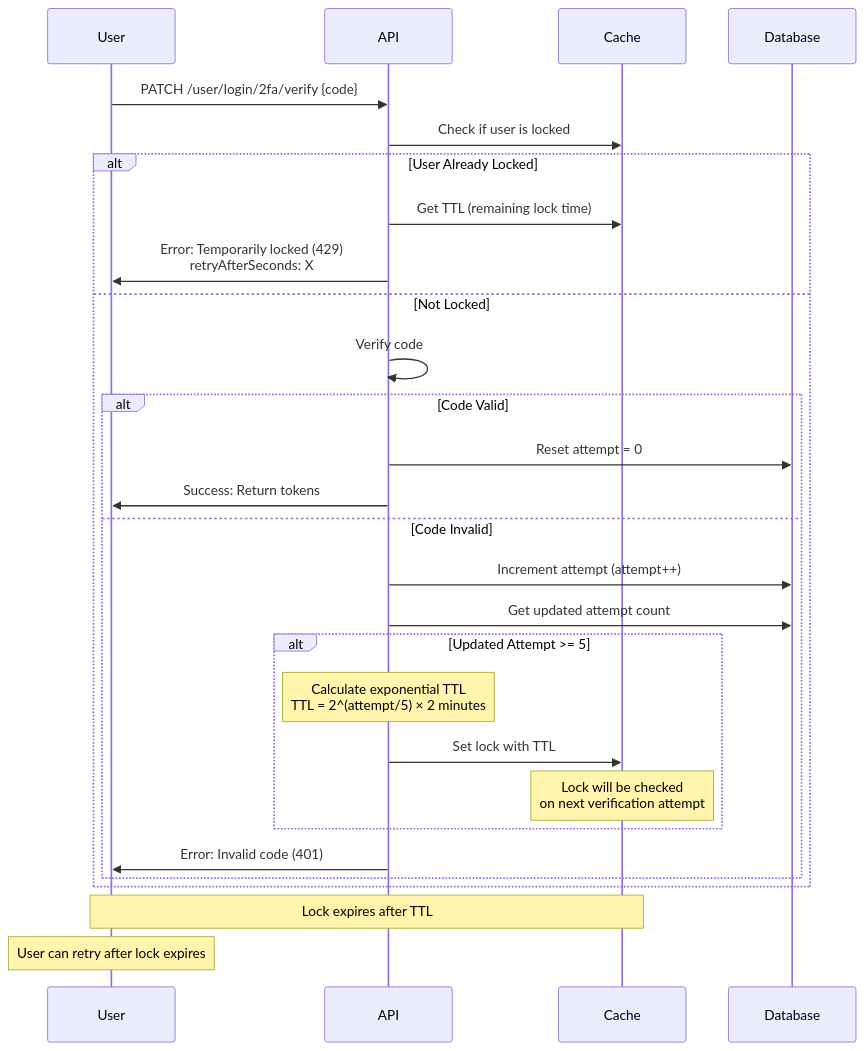
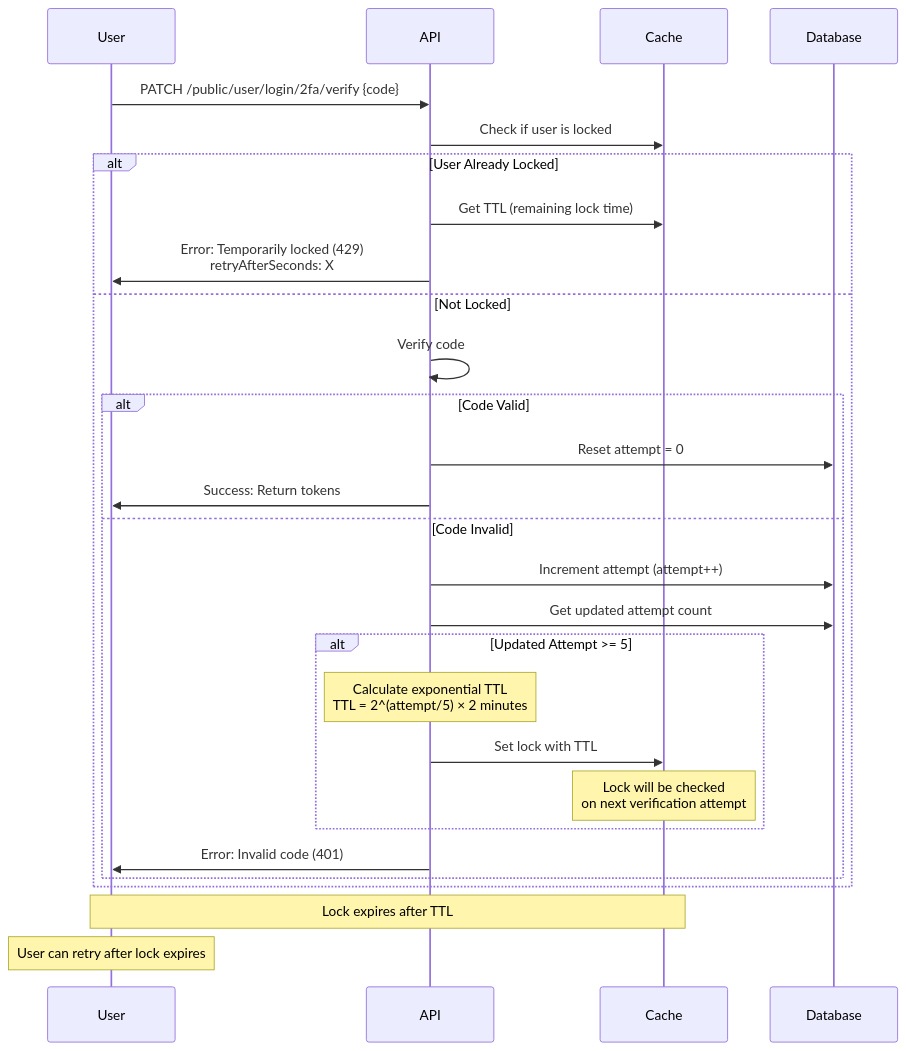
Before and after one commit to andrechristikan/ack-nestjs-boilerplate: the fifth of 9 diagrams in docs/two-factor.md, drawn with Mermaid. The commit also changed other lines of this file and 31 other files, not shown here.

````diff
--- a/docs/two-factor.md
+++ b/docs/two-factor.md
@@ -318,35 +318,35 @@
 ```mermaid
 sequenceDiagram
     participant User
     participant API
     participant Cache
     participant Database
 
-    User->>API: PATCH /user/login/2fa/verify {code}
+    User->>API: PATCH /public/user/login/2fa/verify {code}
     API->>Cache: Check if user is locked
     
     alt User Already Locked
         API->>Cache: Get TTL (remaining lock time)
         API->>User: Error: Temporarily locked (429)<br/>retryAfterSeconds: X
     else Not Locked
         API->>API: Verify code
         alt Code Valid
             API->>Database: Reset attempt = 0
             API->>User: Success: Return tokens
         else Code Invalid
             API->>Database: Increment attempt (attempt++)
             API->>Database: Get updated attempt count
             
             alt Updated Attempt >= 5
                 Note over API: Calculate exponential TTL<br/>TTL = 2^(attempt/5) × 2 minutes
                 API->>Cache: Set lock with TTL
                 Note over Cache: Lock will be checked<br/>on next verification attempt
             end
             
             API->>User: Error: Invalid code (401)
         end
     end
     
     Note over User,Cache: Lock expires after TTL
     Note over User: User can retry after lock expires
 ```
````
